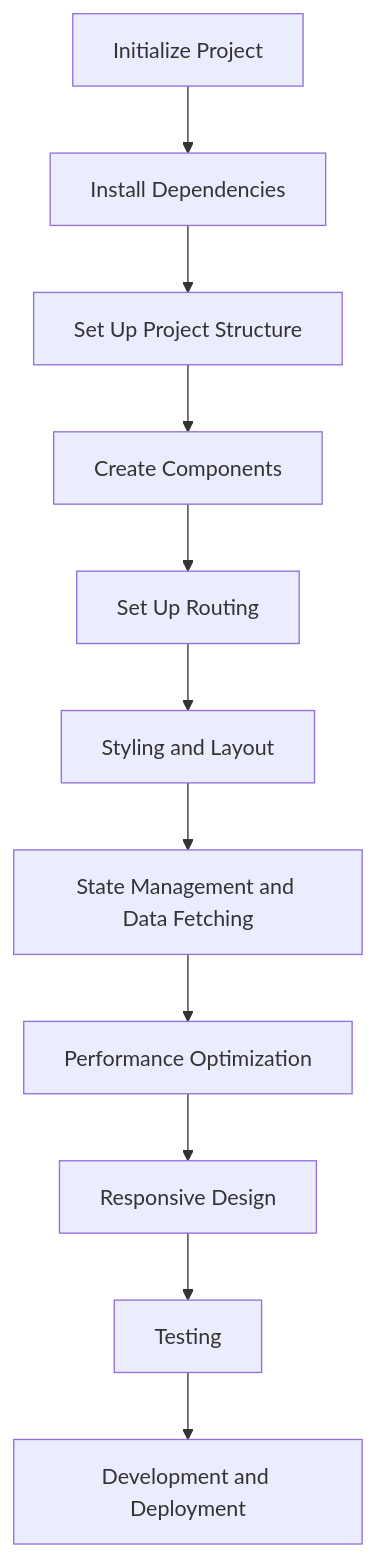
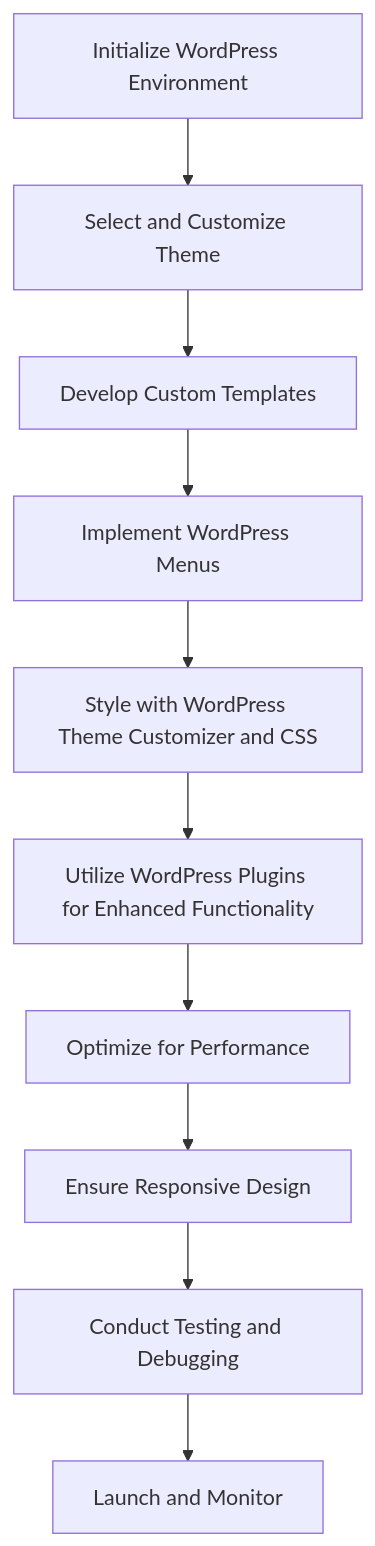
One commit to BTI-US/BTI-Gitbook changed the second of 9 diagrams in experiment-and-design/2-bti-architecture.md. Above: the diagram before and after it, drawn with Mermaid. The commit also changed other lines of this file and 5 other files, not shown here.

````diff
--- a/experiment-and-design/2-bti-architecture.md
+++ b/experiment-and-design/2-bti-architecture.md
@@ -103,13 +111,12 @@
 ```mermaid
 graph TD
-    A[Initialize Project] --> B[Install Dependencies]
-    B --> C[Set Up Project Structure]
-    C --> D[Create Components]
-    D --> E[Set Up Routing]
-    E --> F[Styling and Layout]
-    F --> G[State Management and Data Fetching]
-    G --> H[Performance Optimization]
-    H --> I[Responsive Design]
-    I --> J[Testing]
-    J --> K[Development and Deployment]
+    A[Initialize WordPress Environment] --> B[Select and Customize Theme]
+    B --> C[Develop Custom Templates]
+    C --> D[Implement WordPress Menus]
+    D --> E[Style with WordPress Theme Customizer and CSS]
+    E --> F[Utilize WordPress Plugins for Enhanced Functionality]
+    F --> G[Optimize for Performance]
+    G --> H[Ensure Responsive Design]
+    H --> I[Conduct Testing and Debugging]
+    I --> J[Launch and Monitor]
 ```
````
